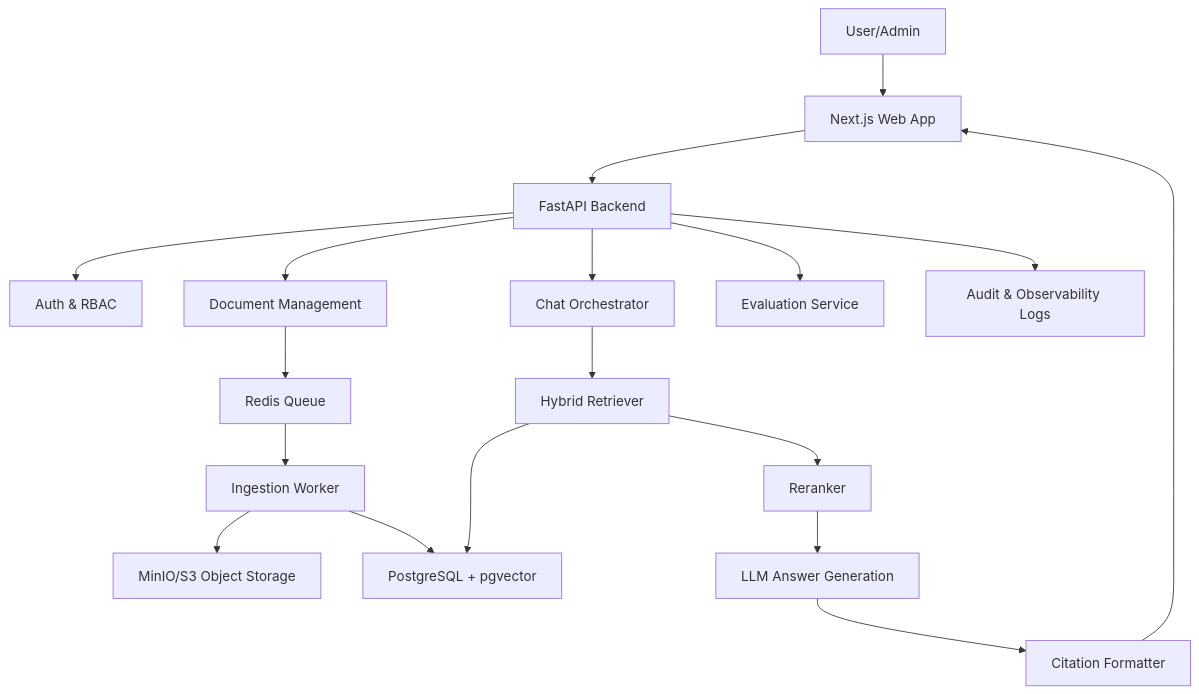
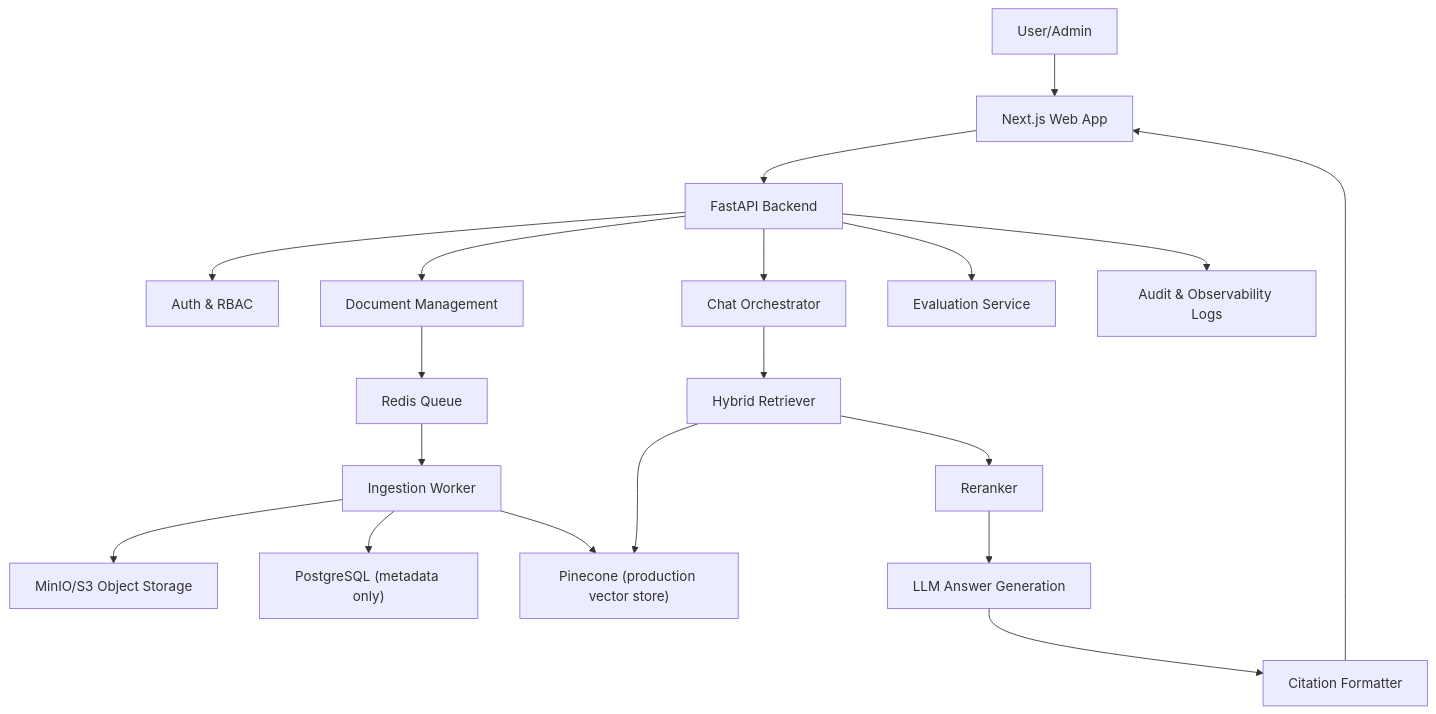
Before and after one commit to alfandoo/kerjapedia-ai: the first of 3 diagrams in docs/ARCHITECTURE.md, drawn with Mermaid. The commit also changed other lines of this file and 167 other files, not shown here.

````diff
--- a/docs/ARCHITECTURE.md
+++ b/docs/ARCHITECTURE.md
@@ -7,20 +7,21 @@
 ```mermaid
 flowchart TD
     user["User/Admin"] --> web["Next.js Web App"]
     web --> api["FastAPI Backend"]
     api --> auth["Auth & RBAC"]
     api --> chat["Chat Orchestrator"]
     api --> docs["Document Management"]
     api --> eval["Evaluation Service"]
     docs --> queue["Redis Queue"]
     queue --> worker["Ingestion Worker"]
     worker --> object["MinIO/S3 Object Storage"]
-    worker --> postgres["PostgreSQL + pgvector"]
+    worker --> postgres["PostgreSQL (metadata only)"]
+    worker --> pinecone["Pinecone (production vector store)"]
     chat --> retriever["Hybrid Retriever"]
-    retriever --> postgres
+    retriever --> pinecone
     retriever --> reranker["Reranker"]
     reranker --> llm["LLM Answer Generation"]
     llm --> citations["Citation Formatter"]
     citations --> web
     api --> audit["Audit & Observability Logs"]
 ```
````
